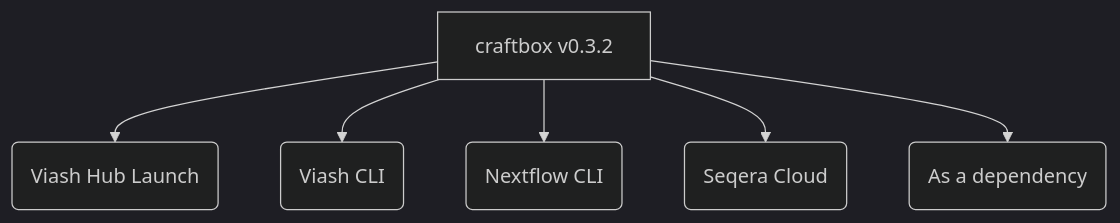
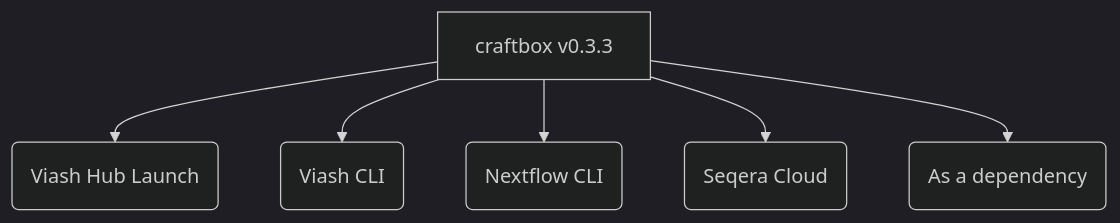
Before and after one commit to viash-hub/craftbox: the diagram in README.md, drawn with Mermaid (dark theme). The commit also changed other lines of this file and 1 other file, not shown here.

````diff
--- a/README.md
+++ b/README.md
@@ -44,8 +44,8 @@
 ``` mermaid lang="mermaid
 flowchart TD
-    A[craftbox v0.3.2] --> B(Viash Hub Launch)
+    A[craftbox v0.3.3] --> B(Viash Hub Launch)
     A --> C(Viash CLI)
     A --> D(Nextflow CLI)
     A --> E(Seqera Cloud)
     A --> F(As a dependency)
 ```
````
